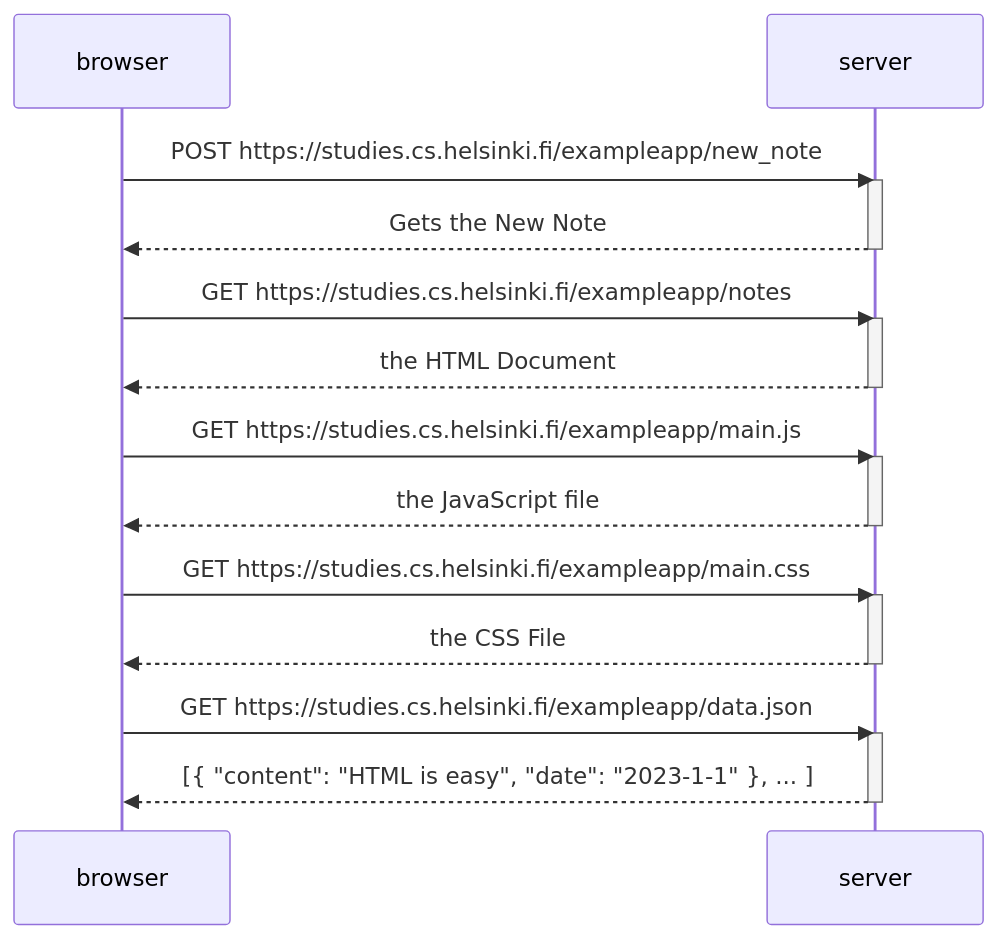
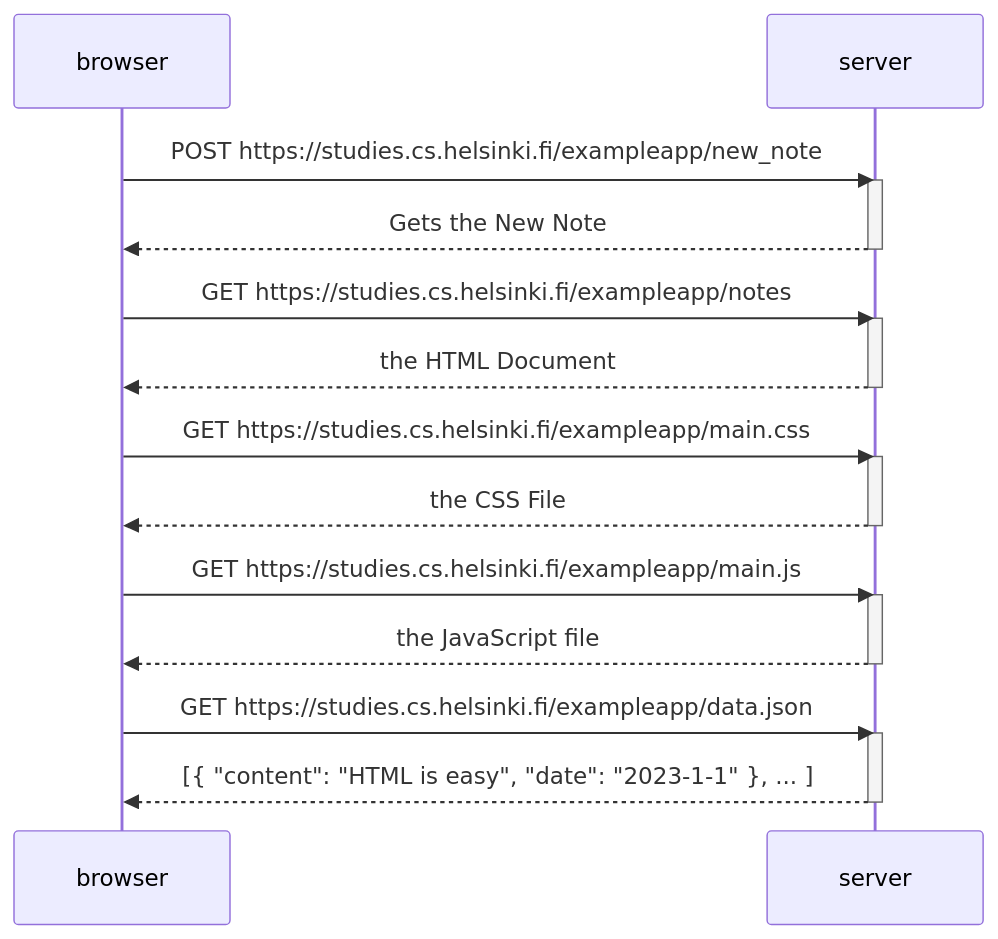
One commit to sebastiancentria/fullstack0 changed the diagram in 0.4tehtävä.md. Above: the diagram before and after it, drawn with Mermaid.

````diff
--- a/0.4tehtävä.md
+++ b/0.4tehtävä.md
@@ -1,31 +1,31 @@
 ```mermaid
 sequenceDiagram
     participant browser
     participant server
     
     browser->>server: POST https://studies.cs.helsinki.fi/exampleapp/new_note
     activate server
     server-->>browser: Gets the New Note
     deactivate server
     
     browser->>server: GET https://studies.cs.helsinki.fi/exampleapp/notes
     activate server
     server-->>browser: the HTML Document
     deactivate server
-    
+
+   browser->>server: GET https://studies.cs.helsinki.fi/exampleapp/main.css
+    activate server
+    server-->>browser: the CSS File
+    deactivate server
+
     browser->>server: GET https://studies.cs.helsinki.fi/exampleapp/main.js
     activate server
     server-->>browser: the JavaScript file
     deactivate server
 
-   browser->>server: GET https://studies.cs.helsinki.fi/exampleapp/main.css
-    activate server
-    server-->>browser: the CSS File
-    deactivate server
-    
     browser->>server: GET https://studies.cs.helsinki.fi/exampleapp/data.json
     activate server
     server-->>browser: [{ "content": "HTML is easy", "date": "2023-1-1" }, ... ]
     deactivate server
 
 ```
````
